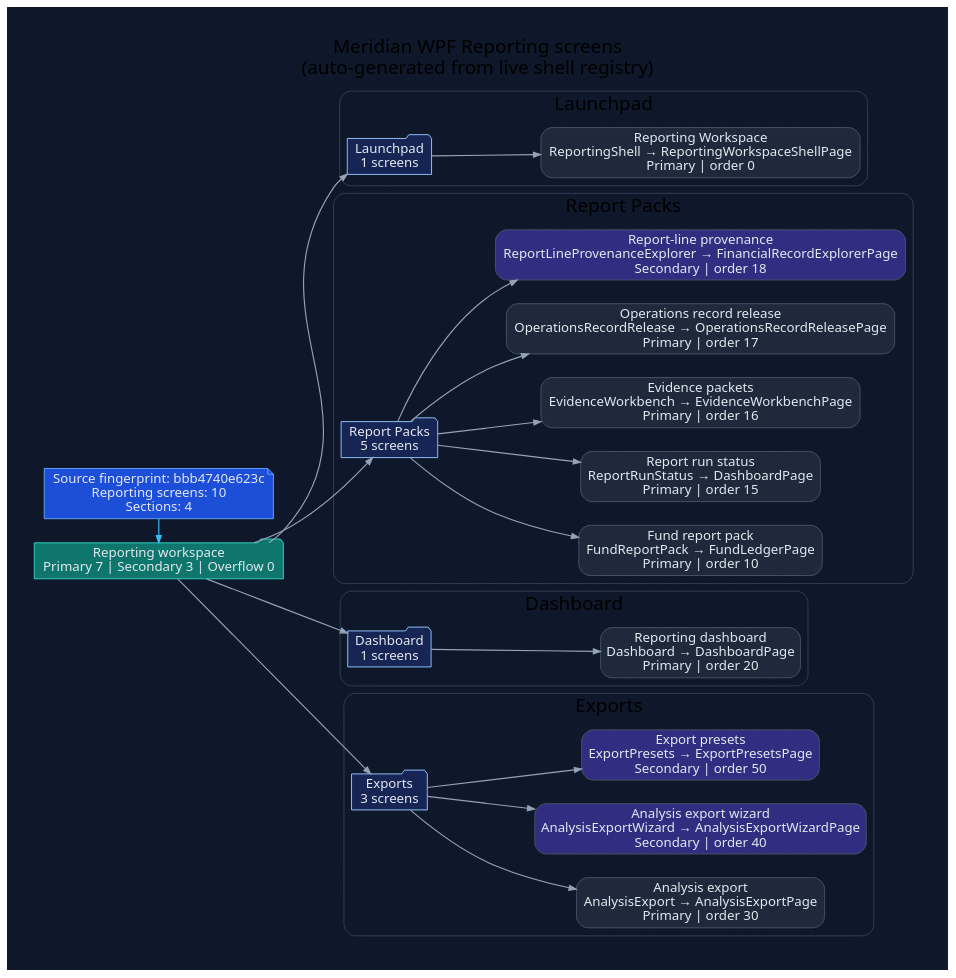
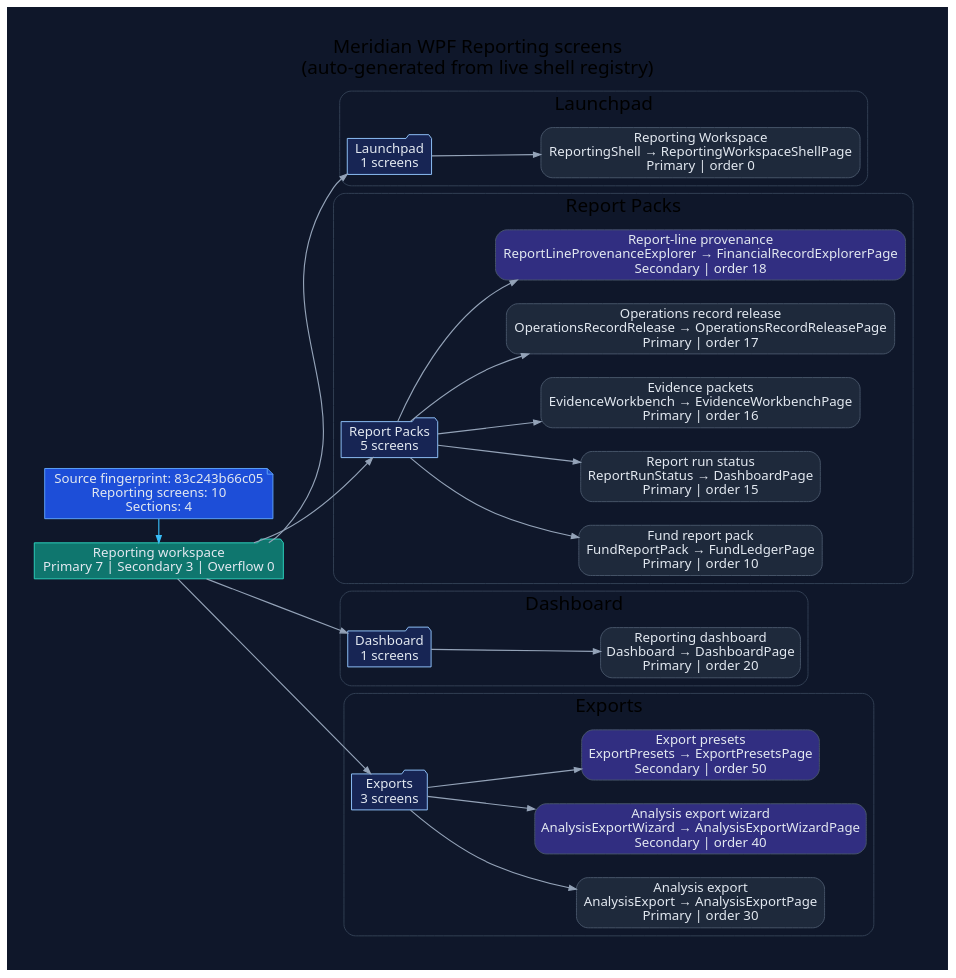
Before and after one commit to rodoHasArrived/Meridian-main: the diagram in docs/diagrams/ui/ui-wpf-screens-reporting.dot, drawn with Graphviz. The commit also changed 46 other files, not shown here.

```diff
--- a/docs/diagrams/ui/ui-wpf-screens-reporting.dot
+++ b/docs/diagrams/ui/ui-wpf-screens-reporting.dot
@@ -1,78 +1,78 @@
 // -----------------------------------------------------------------------------
 // <auto-generated>
 // Generated by scripts/generate-diagrams.mjs.
 // Do not edit this file directly; update the WPF source files instead.
 // -----------------------------------------------------------------------------
 digraph WpfReportingScreens {
   graph [
     rankdir=LR,
     labelloc=t,
     label="Meridian WPF Reporting screens\n(auto-generated from live shell registry)",
     fontname="Segoe UI",
     fontsize=20,
     pad=0.4,
     nodesep=0.35,
     ranksep=0.85,
     bgcolor="#0f172a"
   ];
   node [fontname="Segoe UI", shape=box, style="rounded,filled", color="#475569", fontcolor="#e2e8f0", fillcolor="#1e293b"];
   edge [fontname="Segoe UI", color="#94a3b8", penwidth=1.2, arrowsize=0.75];
 
-  generated [shape=note, fillcolor="#1d4ed8", color="#60a5fa", label="Source fingerprint: bbb4740e623c\nReporting screens: 10\nSections: 4"];
+  generated [shape=note, fillcolor="#1d4ed8", color="#60a5fa", label="Source fingerprint: 83c243b66c05\nReporting screens: 10\nSections: 4"];
   workspace [shape=folder, fillcolor="#0f766e", color="#2dd4bf", label="Reporting workspace\nPrimary 7 | Secondary 3 | Overflow 0"];
   generated -> workspace [color="#38bdf8"];
 
   subgraph cluster_section_1 {
     label="Launchpad";
     color="#334155";
     style="rounded";
     section_1 [shape=folder, fillcolor="#172554", color="#93c5fd", label="Launchpad\n1 screens"];
     workspace -> section_1;
     screen_ReportingShell [fillcolor="#1e293b", label="Reporting Workspace\nReportingShell → ReportingWorkspaceShellPage\nPrimary | order 0"];
     section_1 -> screen_ReportingShell;
   }
 
   subgraph cluster_section_2 {
     label="Report Packs";
     color="#334155";
     style="rounded";
     section_2 [shape=folder, fillcolor="#172554", color="#93c5fd", label="Report Packs\n5 screens"];
     workspace -> section_2;
     screen_FundReportPack [fillcolor="#1e293b", label="Fund report pack\nFundReportPack → FundLedgerPage\nPrimary | order 10"];
     section_2 -> screen_FundReportPack;
     screen_ReportRunStatus [fillcolor="#1e293b", label="Report run status\nReportRunStatus → DashboardPage\nPrimary | order 15"];
     section_2 -> screen_ReportRunStatus;
     screen_EvidenceWorkbench [fillcolor="#1e293b", label="Evidence packets\nEvidenceWorkbench → EvidenceWorkbenchPage\nPrimary | order 16"];
     section_2 -> screen_EvidenceWorkbench;
     screen_OperationsRecordRelease [fillcolor="#1e293b", label="Operations record release\nOperationsRecordRelease → OperationsRecordReleasePage\nPrimary | order 17"];
     section_2 -> screen_OperationsRecordRelease;
     screen_ReportLineProvenanceExplorer [fillcolor="#312e81", label="Report-line provenance\nReportLineProvenanceExplorer → FinancialRecordExplorerPage\nSecondary | order 18"];
     section_2 -> screen_ReportLineProvenanceExplorer;
   }
 
   subgraph cluster_section_3 {
     label="Dashboard";
     color="#334155";
     style="rounded";
     section_3 [shape=folder, fillcolor="#172554", color="#93c5fd", label="Dashboard\n1 screens"];
     workspace -> section_3;
     screen_Dashboard [fillcolor="#1e293b", label="Reporting dashboard\nDashboard → DashboardPage\nPrimary | order 20"];
     section_3 -> screen_Dashboard;
   }
 
   subgraph cluster_section_4 {
     label="Exports";
     color="#334155";
     style="rounded";
     section_4 [shape=folder, fillcolor="#172554", color="#93c5fd", label="Exports\n3 screens"];
     workspace -> section_4;
     screen_AnalysisExport [fillcolor="#1e293b", label="Analysis export\nAnalysisExport → AnalysisExportPage\nPrimary | order 30"];
     section_4 -> screen_AnalysisExport;
     screen_AnalysisExportWizard [fillcolor="#312e81", label="Analysis export wizard\nAnalysisExportWizard → AnalysisExportWizardPage\nSecondary | order 40"];
     section_4 -> screen_AnalysisExportWizard;
     screen_ExportPresets [fillcolor="#312e81", label="Export presets\nExportPresets → ExportPresetsPage\nSecondary | order 50"];
     section_4 -> screen_ExportPresets;
   }
 
   { rank=min; generated; workspace; }
 }
```
